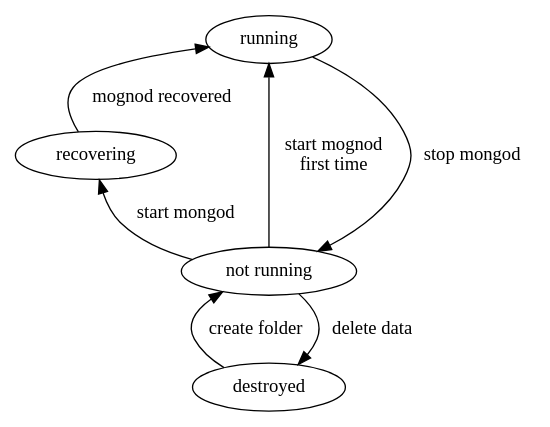
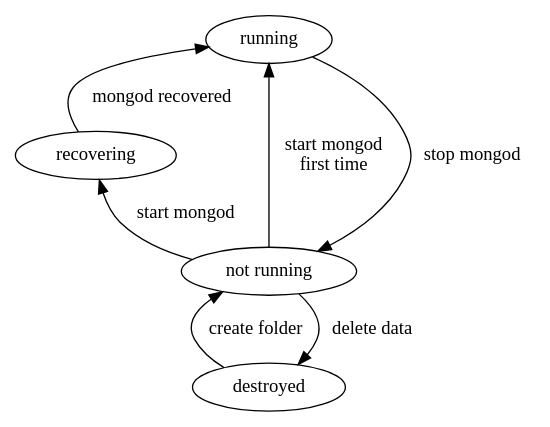
One commit to KIT-MAMID/doc changed the diagram in final_presentation/assets/mongod_states_old.dot. Above: the diagram before and after it, drawn with Graphviz. The commit also changed 1 other file, not shown here.

Commit message:
FIX: Typos in mongod state graphs

```diff
--- a/final_presentation/assets/mongod_states_old.dot
+++ b/final_presentation/assets/mongod_states_old.dot
@@ -1,21 +1,21 @@
 digraph mongod_states
 {
 
     rankdir=BT;
 
     d [label="destroyed"];
     nr [label="not running"];
     rec [label="recovering"];
     run [label="running"];
 
     { rank=max; run }
     { rank=min; d }
 
     d -> nr [label="create folder"];
     nr -> rec [label="start mongod"];
-    rec -> run [label="mognod recovered"];
-    nr -> run [label="start mognod\nfirst time"];
+    rec -> run [label="mongod recovered"];
+    nr -> run [label="start mongod\nfirst time"];
     run -> nr [label="stop mongod"];
     nr -> d [label="delete data"];
 
 }
```
